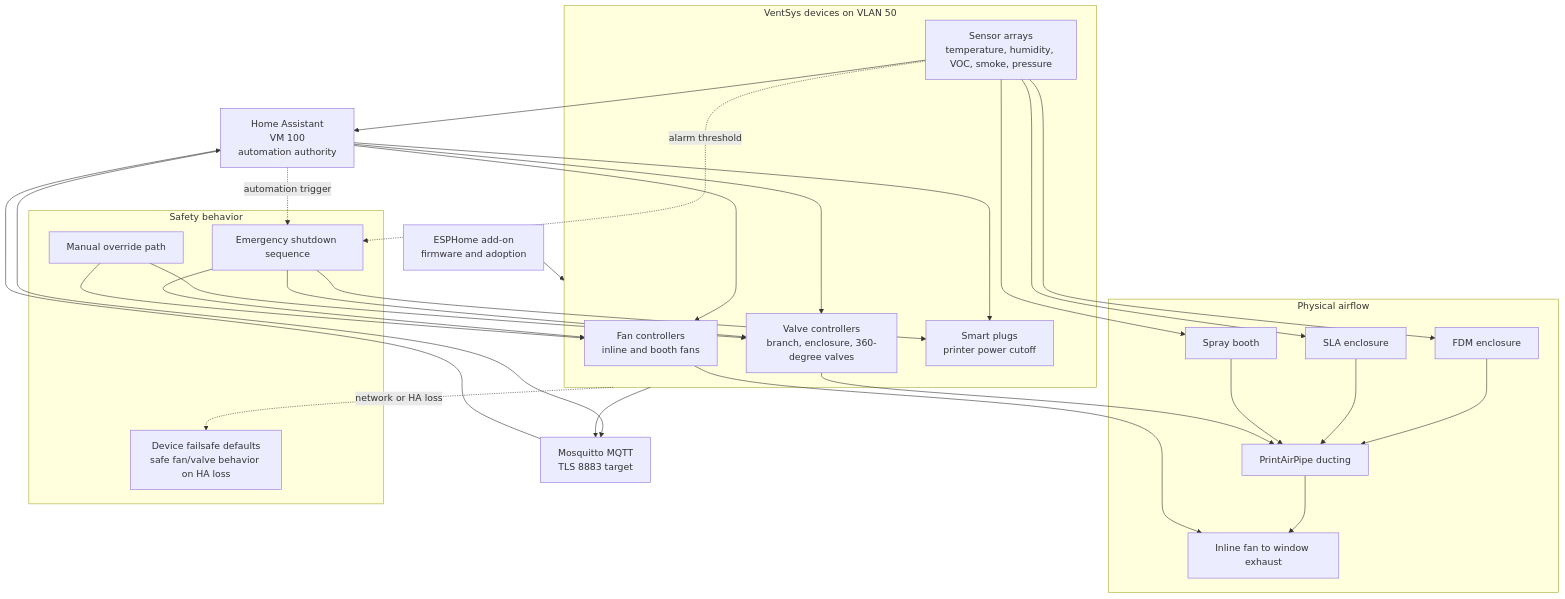
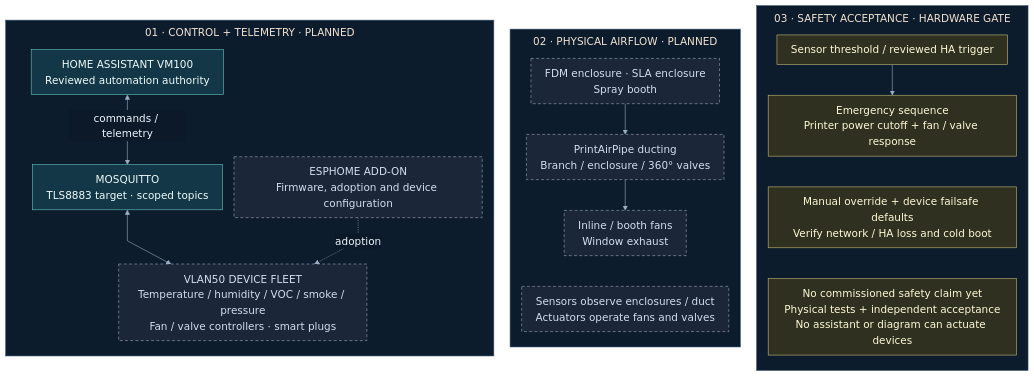
Before and after one commit to Nysplaidame/home-automation-project: the diagram in main/docs/diagrams/ventsys/ventsys-control-and-safety-flow.mermaid, drawn with Mermaid. The commit also changed 18 other files, not shown here.

Commit message:
docs(diagrams): simplify architecture views

```diff
--- a/main/docs/diagrams/ventsys/ventsys-control-and-safety-flow.mermaid
+++ b/main/docs/diagrams/ventsys/ventsys-control-and-safety-flow.mermaid
@@ -1,54 +1,40 @@
-flowchart TB
-    HA["Home Assistant<br/>VM 100<br/>automation authority"]
-    MQTT["Mosquitto MQTT<br/>TLS 8883 target"]
-    ESPHome["ESPHome add-on<br/>firmware and adoption"]
+%%{init: {"theme":"base","fontFamily":"Segoe UI, sans-serif","themeVariables":{"primaryColor":"#123044","primaryTextColor":"#eef6ff","primaryBorderColor":"#58b7bf","lineColor":"#9aafc4","clusterBkg":"#0d1c2d","clusterBorder":"#38516b","tertiaryColor":"#0d1c2d","edgeLabelBackground":"#0b1929","fontFamily":"Segoe UI, sans-serif","fontSize":"18px"},"flowchart":{"curve":"linear","nodeSpacing":20,"rankSpacing":28,"padding":12,"subGraphTitleMargin":{"top":8,"bottom":16},"wrappingWidth":380,"useMaxWidth":false}}}%%
+flowchart LR
+    %% Design intent only; not a commissioned or certified safety system.
+    subgraph Control["01 · CONTROL + TELEMETRY · PLANNED"]
+        direction TB
+        HA["HOME ASSISTANT VM100<br/>Reviewed automation authority"]
+        MQTT["MOSQUITTO<br/>TLS8883 target · scoped topics"]
+        Devices["VLAN50 DEVICE FLEET<br/>Temperature / humidity / VOC / smoke / pressure<br/>Fan / valve controllers · smart plugs"]
+        ESP["ESPHOME ADD-ON<br/>Firmware, adoption and device configuration"]
+        HA <-->|"commands / telemetry"| MQTT
+        MQTT <--> Devices
+        ESP -.->|"adoption"| Devices
+    end
+    subgraph Air["02 · PHYSICAL AIRFLOW · PLANNED"]
+        direction TB
+        Sources["FDM enclosure · SLA enclosure<br/>Spray booth"]
+        Duct["PrintAirPipe ducting<br/>Branch / enclosure / 360° valves"]
+        Exhaust["Inline / booth fans<br/>Window exhaust"]
+        Sources --> Duct --> Exhaust
+        Sensors["Sensors observe enclosures / duct<br/>Actuators operate fans and valves"]
+        Exhaust ~~~ Sensors
+    end
+    subgraph Safety["03 · SAFETY ACCEPTANCE · HARDWARE GATE"]
+        direction TB
+        Trigger["Sensor threshold / reviewed HA trigger"]
+        Emergency["Emergency sequence<br/>Printer power cutoff + fan / valve response"]
+        Manual["Manual override + device failsafe defaults<br/>Verify network / HA loss and cold boot"]
+        Acceptance["No commissioned safety claim yet<br/>Physical tests + independent acceptance<br/>No assistant or diagram can actuate devices"]
+        Trigger --> Emergency
+        Emergency ~~~ Manual ~~~ Acceptance
+    end
+    Control ~~~ Air ~~~ Safety
+    class HA,MQTT core
+    class Trigger,Emergency,Manual,Acceptance policy
+    class Devices,ESP,Sources,Duct,Exhaust,Sensors deferred
 
-    subgraph Devices["VentSys devices on VLAN 50"]
-        Fan["Fan controllers<br/>inline and booth fans"]
-        Sensors["Sensor arrays<br/>temperature, humidity, VOC, smoke, pressure"]
-        Valves["Valve controllers<br/>branch, enclosure, 360-degree valves"]
-        Plugs["Smart plugs<br/>printer power cutoff"]
-    end
-
-    subgraph Physical["Physical airflow"]
-        FDM["FDM enclosure"]
-        SLA["SLA enclosure"]
-        Booth["Spray booth"]
-        Duct["PrintAirPipe ducting"]
-        Exhaust["Inline fan to window exhaust"]
-    end
-
-    HA --> MQTT
-    ESPHome --> Devices
-    Devices --> MQTT
-    MQTT --> HA
-
-    Sensors --> HA
-    HA --> Fan
-    HA --> Valves
-    HA --> Plugs
-
-    FDM --> Duct
-    SLA --> Duct
-    Booth --> Duct
-    Duct --> Exhaust
-    Fan --> Exhaust
-    Valves --> Duct
-    Sensors --> FDM
-    Sensors --> SLA
-    Sensors --> Booth
-
-    subgraph Safety["Safety behavior"]
-        Emergency["Emergency shutdown sequence"]
-        Manual["Manual override path"]
-        Failsafe["Device failsafe defaults<br/>safe fan/valve behavior on HA loss"]
-    end
-
-    Sensors -.->|"alarm threshold"| Emergency
-    HA -.->|"automation trigger"| Emergency
-    Emergency --> Plugs
-    Emergency --> Fan
-    Emergency --> Valves
-    Manual --> Fan
-    Manual --> Valves
-    Devices -.->|"network or HA loss"| Failsafe
+    classDef core fill:#143747,stroke:#63c9bd,color:#eefbfa
+    classDef store fill:#292745,stroke:#aa99db,color:#f2edff
+    classDef policy fill:#2f301f,stroke:#c7bc77,color:#fff9d8
+    classDef deferred fill:#1b2638,stroke:#9dabc1,color:#d3dfef,stroke-dasharray:5 4
```
